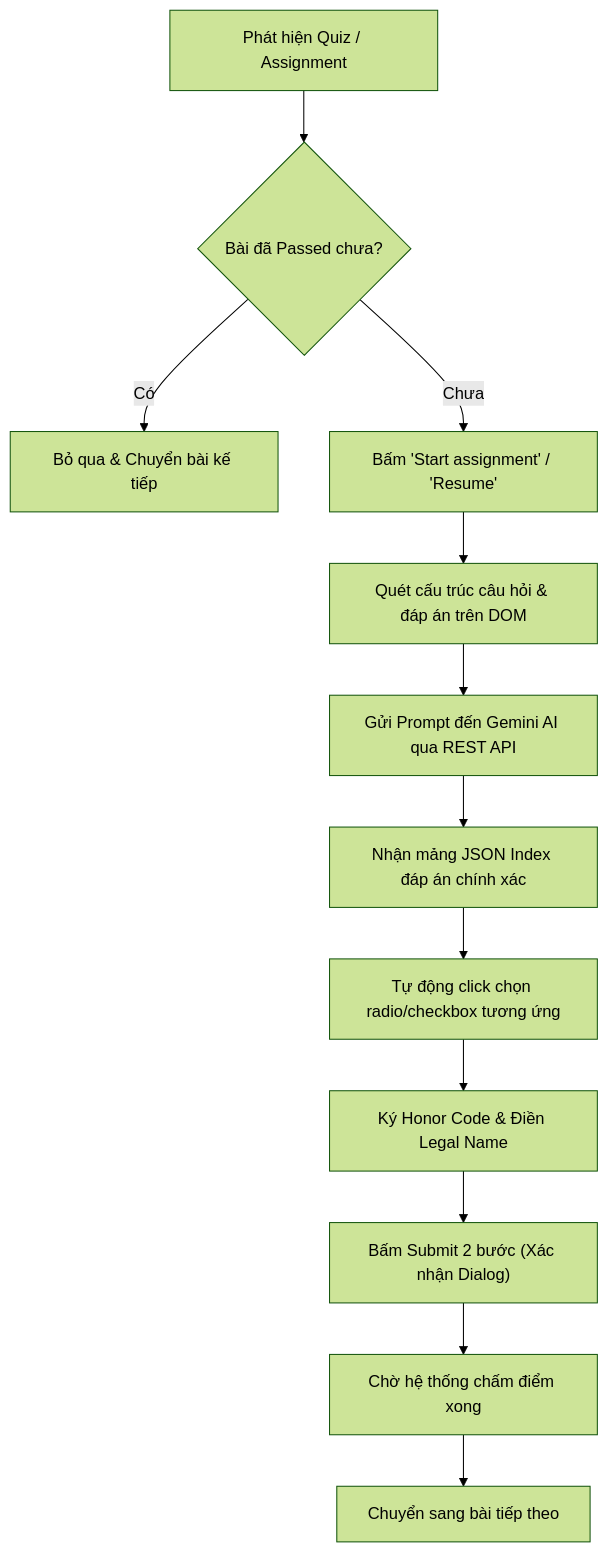
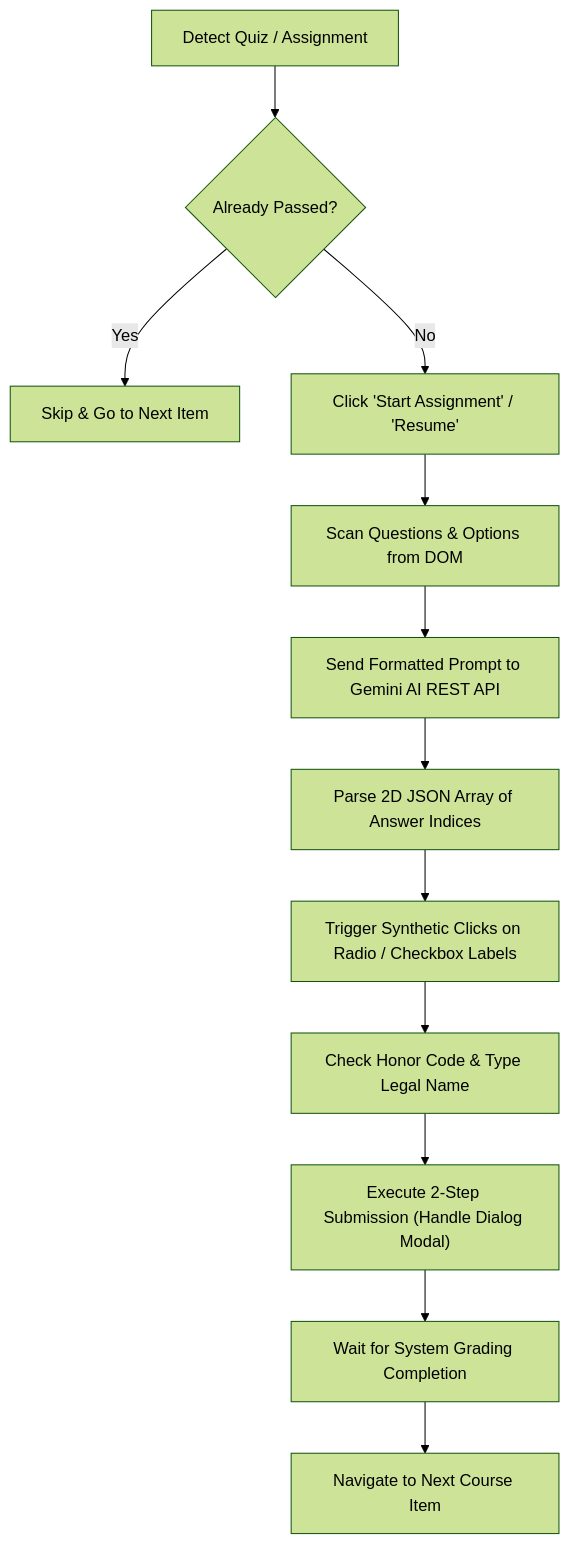
Before and after one commit to contactwolfmod/auto_courcera_certificate_devtool: the diagram in README.md, drawn with Mermaid (forest theme). The commit also changed other lines of this file and 1 other file, not shown here.

````diff
--- a/README.md
+++ b/README.md
@@ -36,14 +38,14 @@
 ```mermaid
 flowchart TD
-    A["Phát hiện Quiz / Assignment"] --> B{"Bài đã Passed chưa?"}
-    B -- Có --> C["Bỏ qua & Chuyển bài kế tiếp"]
-    B -- Chưa --> D["Bấm 'Start assignment' / 'Resume'"]
-    D --> E["Quét cấu trúc câu hỏi & đáp án trên DOM"]
-    E --> F["Gửi Prompt đến Gemini AI qua REST API"]
-    F --> G["Nhận mảng JSON Index đáp án chính xác"]
-    G --> H["Tự động click chọn radio/checkbox tương ứng"]
-    H --> I["Ký Honor Code & Điền Legal Name"]
-    I --> J["Bấm Submit 2 bước (Xác nhận Dialog)"]
-    J --> K["Chờ hệ thống chấm điểm xong"]
-    K --> L["Chuyển sang bài tiếp theo"]
+    A["Detect Quiz / Assignment"] --> B{"Already Passed?"}
+    B -- Yes --> C["Skip & Go to Next Item"]
+    B -- No --> D["Click 'Start Assignment' / 'Resume'"]
+    D --> E["Scan Questions & Options from DOM"]
+    E --> F["Send Formatted Prompt to Gemini AI REST API"]
+    F --> G["Parse 2D JSON Array of Answer Indices"]
+    G --> H["Trigger Synthetic Clicks on Radio / Checkbox Labels"]
+    H --> I["Check Honor Code & Type Legal Name"]
+    I --> J["Execute 2-Step Submission (Handle Dialog Modal)"]
+    J --> K["Wait for System Grading Completion"]
+    K --> L["Navigate to Next Course Item"]
 ```
````
